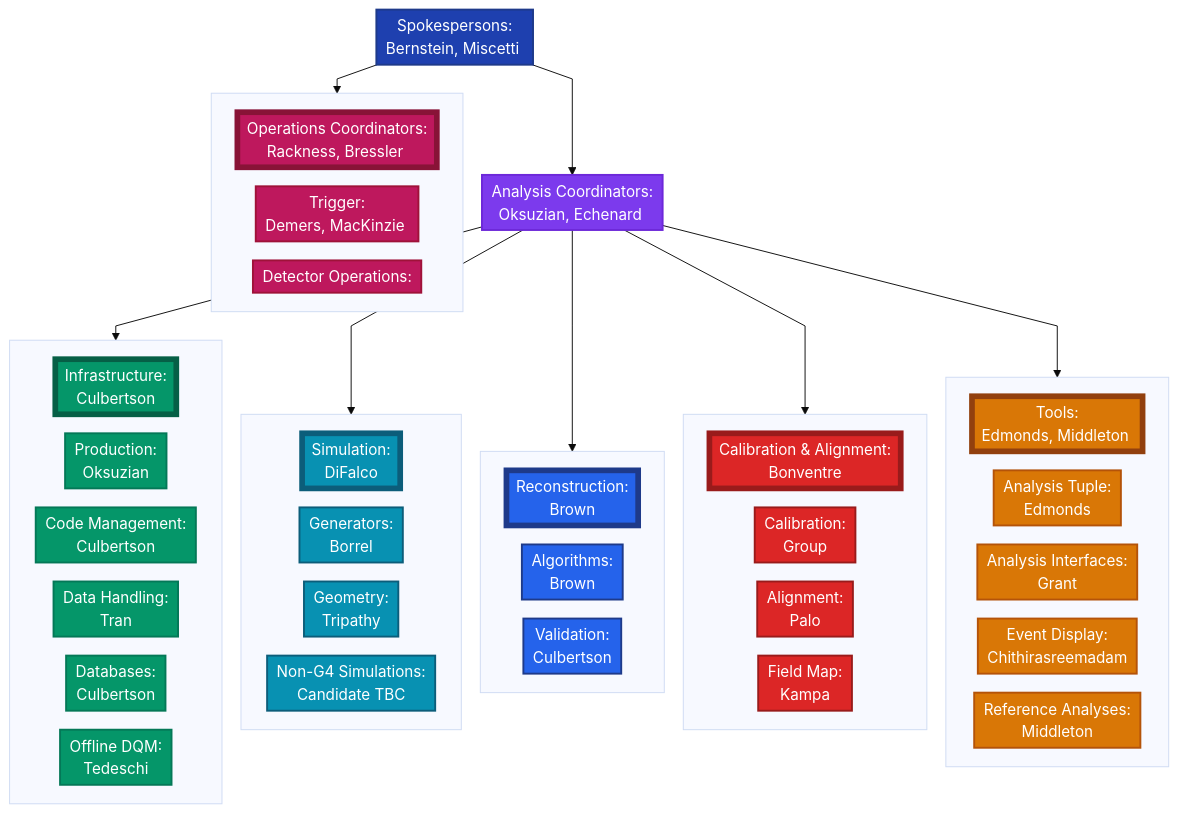
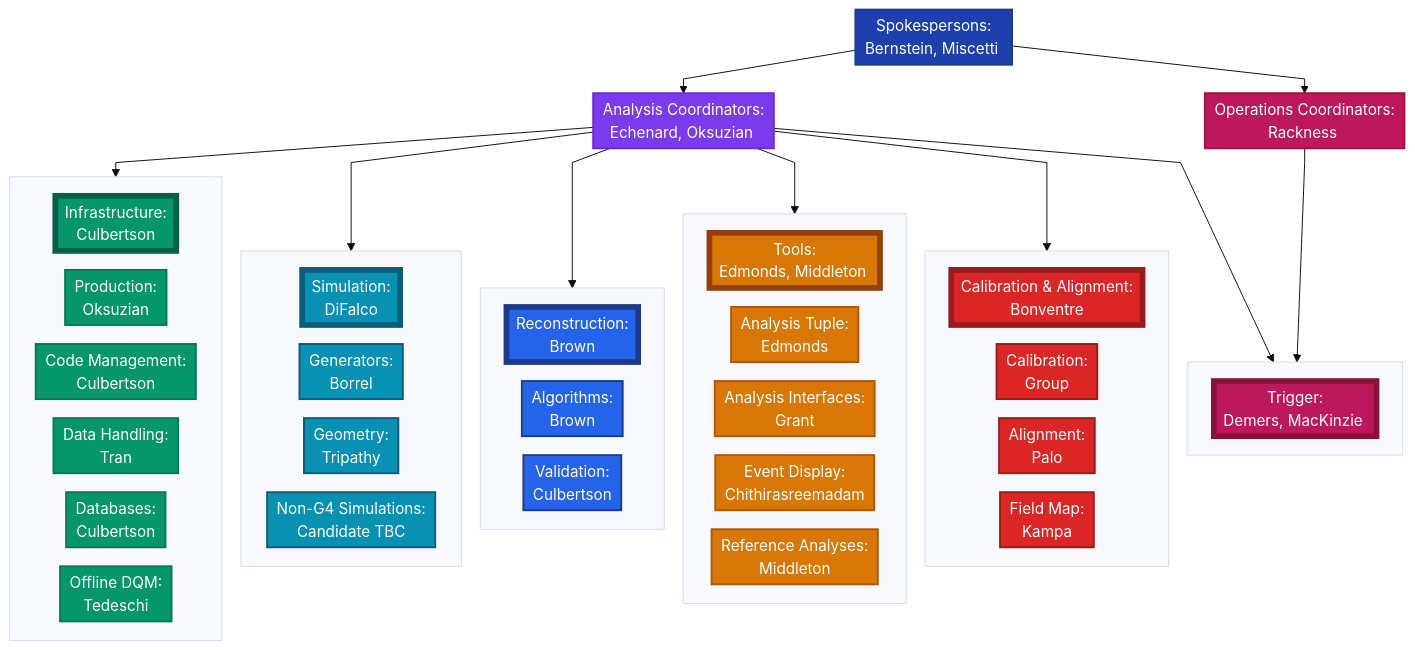
One commit to Mu2e/prodtools changed the diagram in docs/Mu2e_Analysis_Computing_Organization_2025-12_diagram.md. Above: the diagram before and after it, drawn with Mermaid.

Commit message:
Update diagram: swap names in Analysis Coordinators, remove Bressler from Operations Coordinators, remove subgraph box around Operations Coordinators, swap Trigger and Tools positions

```diff
--- a/docs/Mu2e_Analysis_Computing_Organization_2025-12_diagram.md
+++ b/docs/Mu2e_Analysis_Computing_Organization_2025-12_diagram.md
@@ -3,14 +3,16 @@
 graph TD
     SPK[Spokespersons:<br/>Bernstein, Miscetti&nbsp;]
     
-    SPK --> AC[Analysis Coordinators:<br/>Oksuzian, Echenard&nbsp;]
+    SPK --> AC[Analysis Coordinators:<br/>Echenard, Oksuzian&nbsp;]
     
     AC --> INFGROUP
     AC --> SIMGROUP
     AC --> RECOGROUP
+    AC --> TOOLSGROUP
     AC --> CALGROUP
-    AC --> TOOLSGROUP
-    SPK --> OCGROUP
+    AC --> TRIGGROUP
+    SPK --> OC[Operations Coordinators:<br/>Rackness&nbsp;]
+    OC --> TRIGGROUP
     
     subgraph INFGROUP[" "]
         INF[Infrastructure:<br/>Culbertson]
@@ -34,13 +36,6 @@
         VAL[Validation:<br/>Culbertson]
     end
     
-    subgraph CALGROUP[" "]
-        CAL[Calibration & Alignment:<br/>Bonventre]
-        CALIB[Calibration:<br/>Group]
-        ALIGN[Alignment:<br/>Palo]
-        FMAP[Field Map:<br/>Kampa]
-    end
-    
     subgraph TOOLSGROUP[" "]
         TOOLS[Tools:<br/>Edmonds, Middleton&nbsp;]
         NTUP[Analysis Tuple:<br/>Edmonds]
@@ -49,10 +44,15 @@
         REF[Reference Analyses:<br/>Middleton]
     end
     
-    subgraph OCGROUP[" "]
-        OC[Operations Coordinators:<br/>Rackness, Bressler&nbsp;]
+    subgraph CALGROUP[" "]
+        CAL[Calibration & Alignment:<br/>Bonventre]
+        CALIB[Calibration:<br/>Group]
+        ALIGN[Alignment:<br/>Palo]
+        FMAP[Field Map:<br/>Kampa]
+    end
+    
+    subgraph TRIGGROUP[" "]
         TRIG[Trigger:<br/>Demers, MacKinzie&nbsp;]
-        DETOPS[Detector Operations:<br/>]
     end
     
     classDef spokespersons fill:#1E40AF,stroke:#1E3A8A,stroke-width:2px,color:#fff
@@ -69,11 +69,12 @@
     classDef calibrationLeader fill:#DC2626,stroke:#991B1B,stroke-width:6px,color:#fff
     classDef toolsLeader fill:#D97706,stroke:#92400E,stroke-width:6px,color:#fff
     classDef operationsLeader fill:#BE185D,stroke:#881337,stroke-width:6px,color:#fff
+    classDef triggerLeader fill:#BE185D,stroke:#881337,stroke-width:6px,color:#fff
     
     class SPK spokespersons
     class AC analysis
-    class OC operationsLeader
-    class TRIG,DETOPS operations
+    class OC operations
+    class TRIG triggerLeader
     class TOOLS toolsLeader
     class NTUP,IFACE,EVD,REF tools
     class INF infrastructureLeader
```
